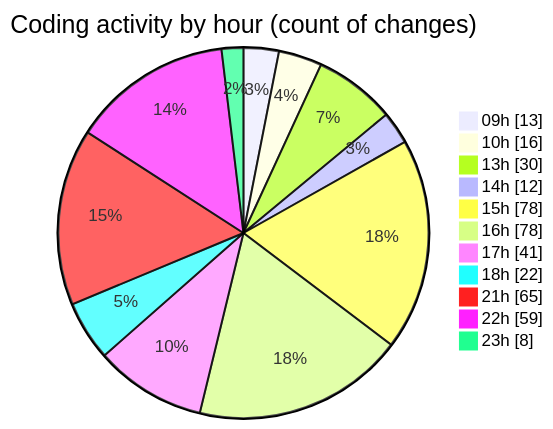
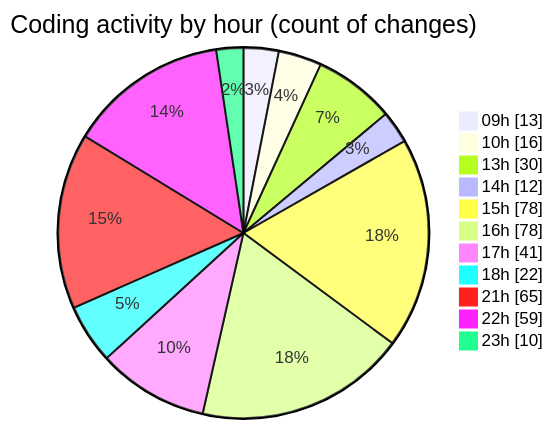
The second of 2 diagrams in 2025-03-31/cda/README.md (momahboobian/code-tracking), drawn with Mermaid before and after one commit. The commit also changed other lines of this file and 1 other file, not shown here.

````diff
--- a/2025-03-31/cda/README.md
+++ b/2025-03-31/cda/README.md
@@ -50,15 +50,15 @@
 ```mermaid
 pie showData
 title Coding activity by hour (count of changes)
 "09h" : 13
 "10h" : 16
 "13h" : 30
 "14h" : 12
 "15h" : 78
 "16h" : 78
 "17h" : 41
 "18h" : 22
 "21h" : 65
 "22h" : 59
-"23h" : 8
+"23h" : 10
 ```
````
